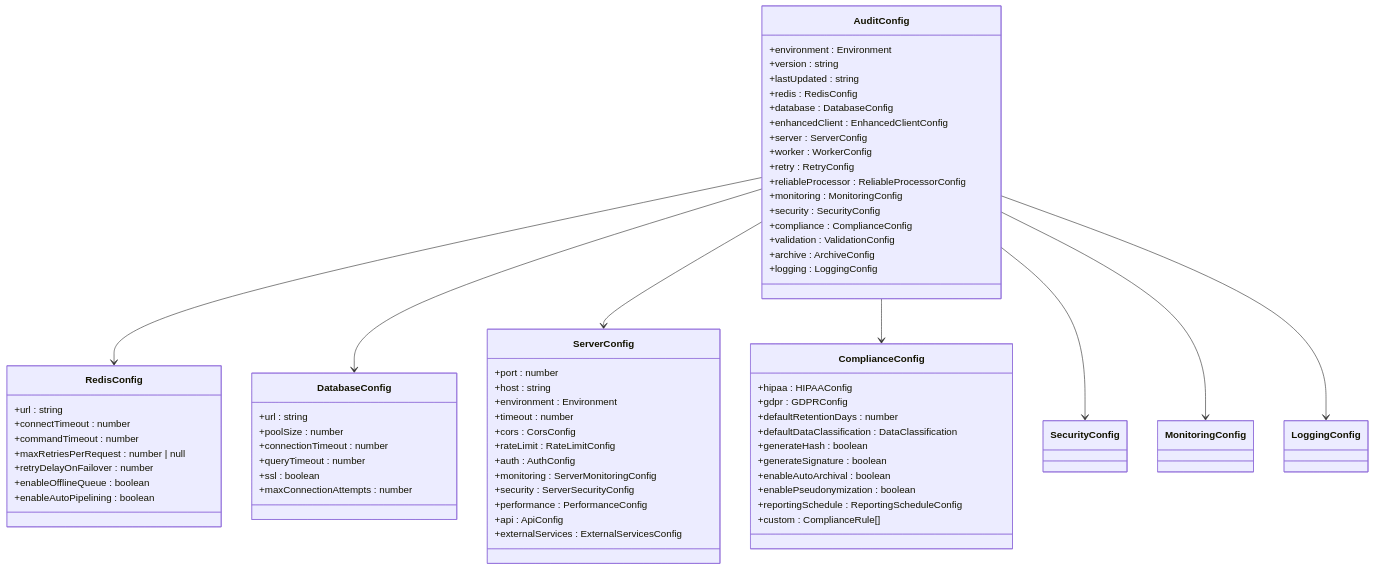
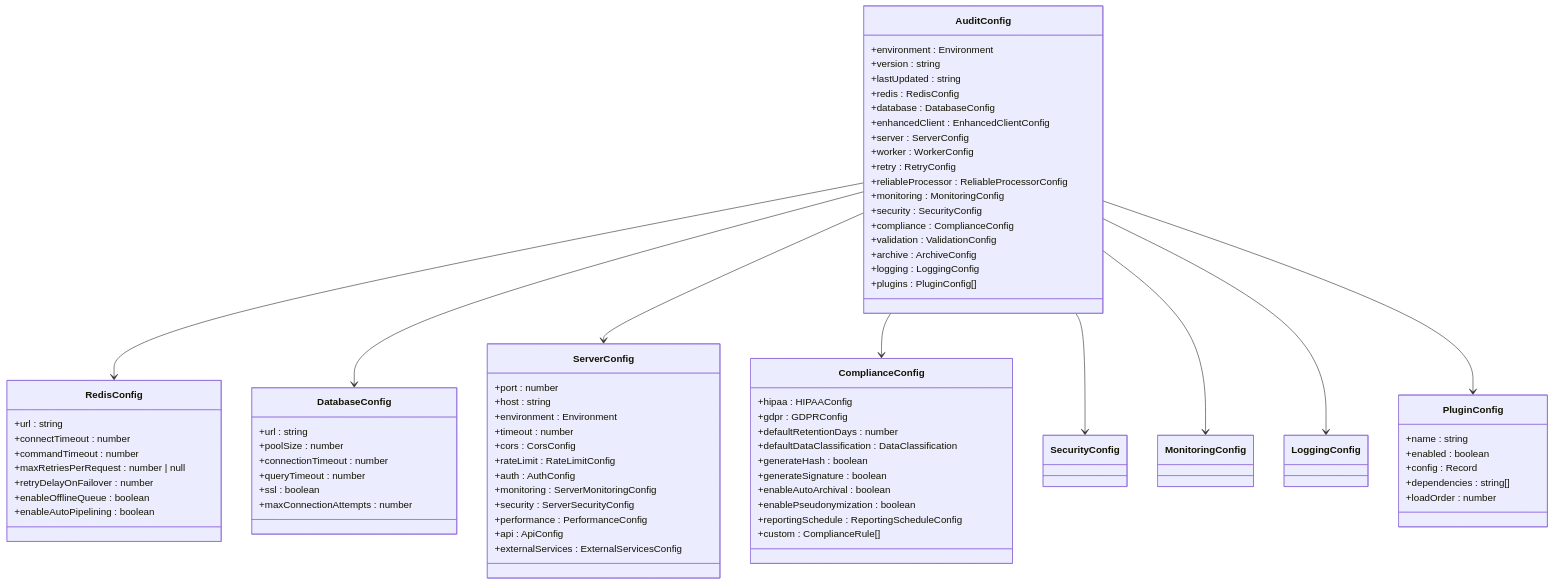
The second of 13 diagrams in .qoder/repowiki/en/content/Audit Core System/Configuration Management/Configuration Management.md (smedrec/smart-logs), drawn with Mermaid before and after one commit. The commit also changed other lines of this file and 13 other files, not shown here.

First line of the commit message:
docs(audit-core): add GDPR compliance and plugin architecture documentation

````diff
--- a/.qoder/repowiki/en/content/Audit Core System/Configuration Management/Configuration Management.md
+++ b/.qoder/repowiki/en/content/Audit Core System/Configuration Management/Configuration Management.md
@@ -78,71 +89,80 @@
 ```mermaid
 classDiagram
 class AuditConfig {
 +environment : Environment
 +version : string
 +lastUpdated : string
 +redis : RedisConfig
 +database : DatabaseConfig
 +enhancedClient : EnhancedClientConfig
 +server : ServerConfig
 +worker : WorkerConfig
 +retry : RetryConfig
 +reliableProcessor : ReliableProcessorConfig
 +monitoring : MonitoringConfig
 +security : SecurityConfig
 +compliance : ComplianceConfig
 +validation : ValidationConfig
 +archive : ArchiveConfig
 +logging : LoggingConfig
++plugins : PluginConfig[]
 }
 class RedisConfig {
 +url : string
 +connectTimeout : number
 +commandTimeout : number
 +maxRetriesPerRequest : number | null
 +retryDelayOnFailover : number
 +enableOfflineQueue : boolean
 +enableAutoPipelining : boolean
 }
 class DatabaseConfig {
 +url : string
 +poolSize : number
 +connectionTimeout : number
 +queryTimeout : number
 +ssl : boolean
 +maxConnectionAttempts : number
 }
 class ServerConfig {
 +port : number
 +host : string
 +environment : Environment
 +timeout : number
 +cors : CorsConfig
 +rateLimit : RateLimitConfig
 +auth : AuthConfig
 +monitoring : ServerMonitoringConfig
 +security : ServerSecurityConfig
 +performance : PerformanceConfig
 +api : ApiConfig
 +externalServices : ExternalServicesConfig
 }
 class ComplianceConfig {
 +hipaa : HIPAAConfig
 +gdpr : GDPRConfig
 +defaultRetentionDays : number
 +defaultDataClassification : DataClassification
 +generateHash : boolean
 +generateSignature : boolean
 +enableAutoArchival : boolean
 +enablePseudonymization : boolean
 +reportingSchedule : ReportingScheduleConfig
 +custom : ComplianceRule[]
 }
+class PluginConfig {
++name : string
++enabled : boolean
++config : Record<string, any>
++dependencies : string[]
++loadOrder : number
+}
 AuditConfig --> RedisConfig
 AuditConfig --> DatabaseConfig
 AuditConfig --> ServerConfig
 AuditConfig --> ComplianceConfig
 AuditConfig --> SecurityConfig
 AuditConfig --> MonitoringConfig
 AuditConfig --> LoggingConfig
+AuditConfig --> PluginConfig
 ```
````
